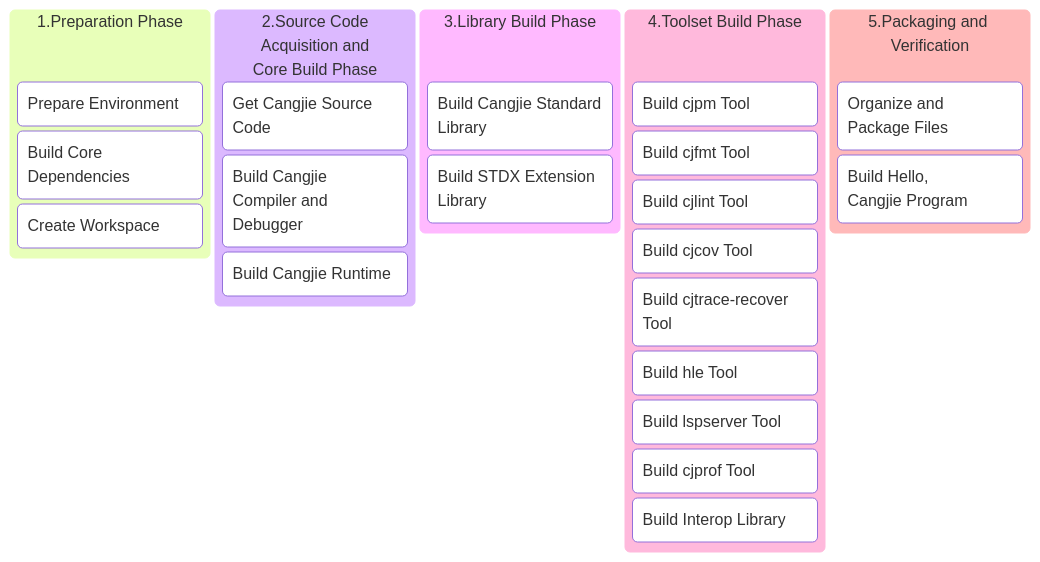
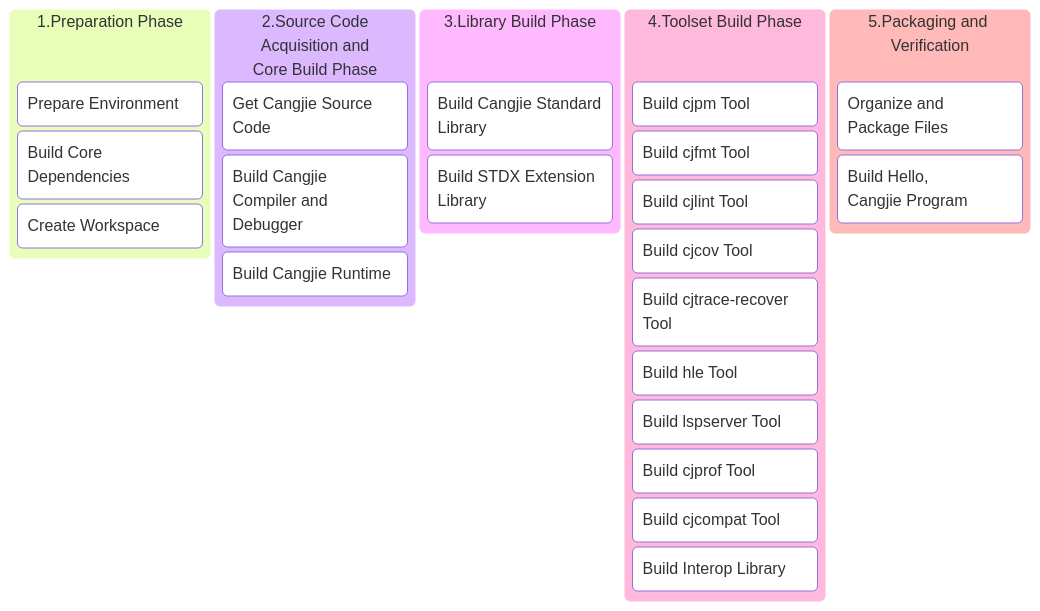
One commit to causerp/cangjie_build changed the diagram in doc_en/linux_android.md. Above: the diagram before and after it, drawn with Mermaid. The commit also changed other lines of this file and 21 other files, not shown here.

Commit message:
docs: add cjcompat tool build steps to build documentation

````diff
--- a/doc_en/linux_android.md
+++ b/doc_en/linux_android.md
@@ -9,27 +9,28 @@
 ```mermaid
 kanban
   1.Preparation Phase
     A[Prepare Environment]
     B[Build Core Dependencies]
     C[Create Workspace]
   2.Source Code<br>Acquisition and<br>Core Build Phase
     D[Get Cangjie Source Code]
     E[Build Cangjie<br>Compiler and<br>Debugger]
     F[Build Cangjie Runtime]
   3.Library Build Phase
     G[Build Cangjie Standard Library]
     H[Build STDX Extension Library]
   4.Toolset Build Phase
     I[Build cjpm Tool]
     J[Build cjfmt Tool]
     K[Build cjlint Tool]
     L[Build cjcov Tool]
     M[Build cjtrace-recover<br>Tool]
     N[Build hle Tool]
     O[Build lspserver Tool]
     P[Build cjprof Tool]
-    Q[Build Interop Library]
+    Q[Build cjcompat Tool]
+    R[Build Interop Library]
   5.Packaging and Verification
-    R[Organize and<br>Package Files]
-    S[Build Hello,<br>Cangjie Program]
+    S[Organize and<br>Package Files]
+    T[Build Hello,<br>Cangjie Program]
 ```
````
